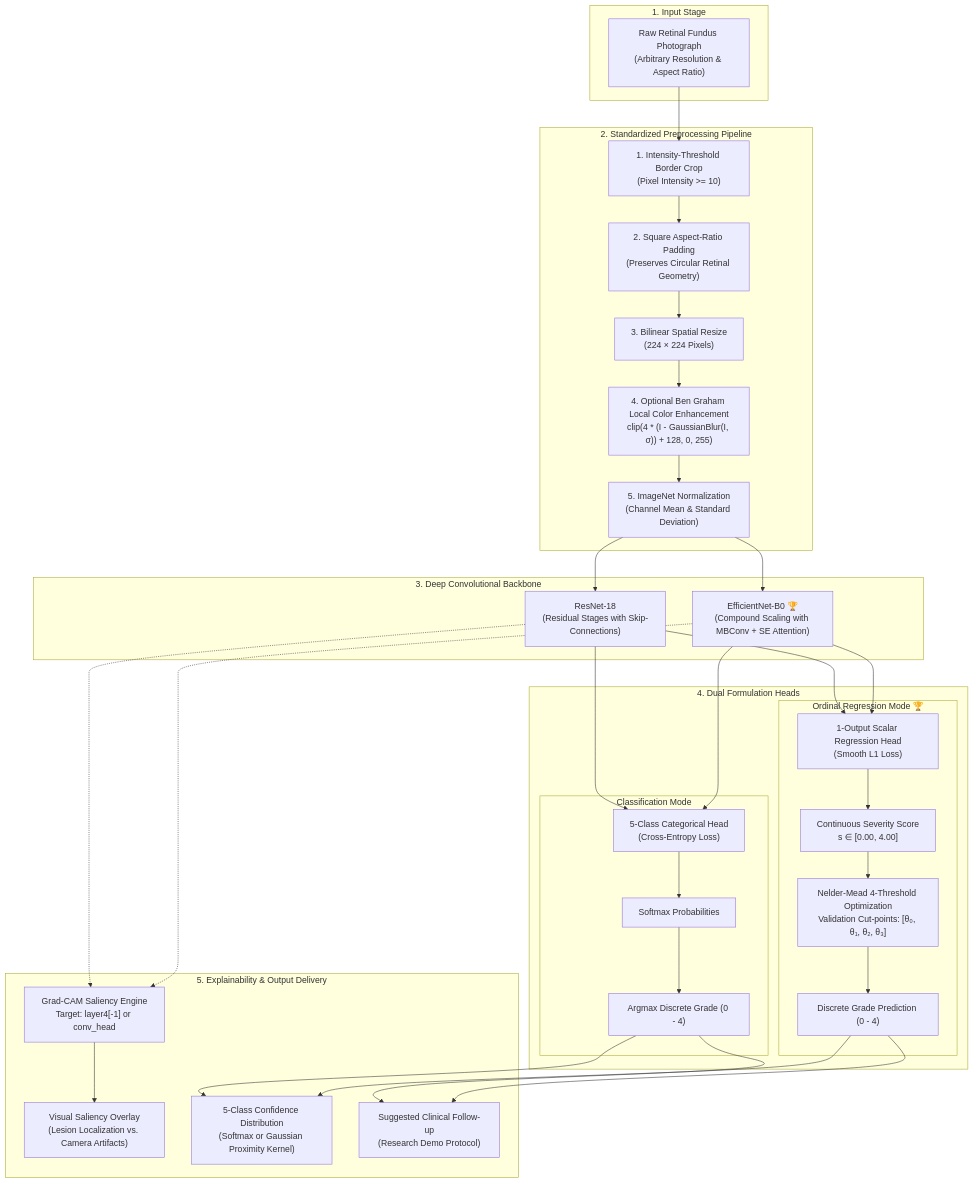
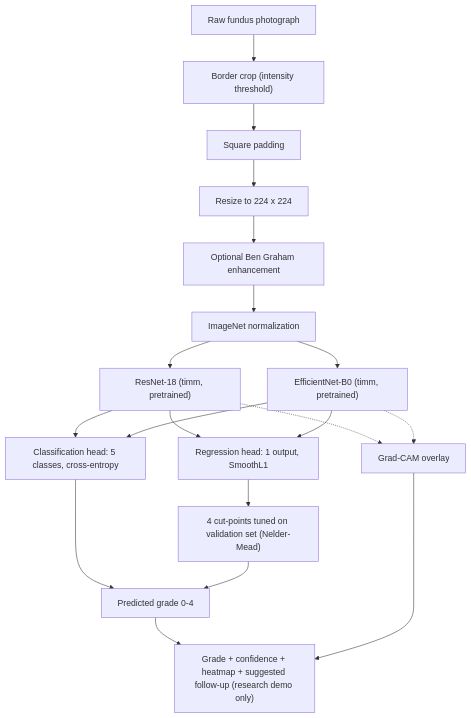
Before and after one commit to ratuhin1122/retinocheck-ai: the diagram in README.md, drawn with Mermaid. The commit also changed other lines of this file, not shown here.

Commit message:
docs: update README with streamlined architecture and benchmark details

````diff
--- a/README.md
+++ b/README.md
@@ -36,58 +37,25 @@
 ```mermaid
 flowchart TD
-    subgraph INPUT["1. Input Stage"]
-        RAW["Raw Retinal Fundus Photograph\n(Arbitrary Resolution & Aspect Ratio)"]
-    end
+    RAW["Raw fundus photograph"] --> CROP["Border crop (intensity threshold)"]
+    CROP --> PAD["Square padding"]
+    PAD --> RESIZE["Resize to 224 x 224"]
+    RESIZE --> ENHANCE["Optional Ben Graham enhancement"]
+    ENHANCE --> NORM["ImageNet normalization"]
 
-    subgraph PREPROC["2. Standardized Preprocessing Pipeline"]
-        CROP["1. Intensity-Threshold Border Crop\n(Pixel Intensity >= 10)"]
-        PAD["2. Square Aspect-Ratio Padding\n(Preserves Circular Retinal Geometry)"]
-        RESIZE["3. Bilinear Spatial Resize\n(224 × 224 Pixels)"]
-        ENHANCE["4. Optional Ben Graham Local Color Enhancement\nclip(4 * (I - GaussianBlur(I, σ)) + 128, 0, 255)"]
-        NORM["5. ImageNet Normalization\n(Channel Mean & Standard Deviation)"]
+    NORM --> RESNET["ResNet-18 (timm, pretrained)"]
+    NORM --> EFFNET["EfficientNet-B0 (timm, pretrained)"]
 
-        CROP --> PAD --> RESIZE --> ENHANCE --> NORM
-    end
+    RESNET --> CLS["Classification head: 5 classes, cross-entropy"]
+    EFFNET --> CLS
+    RESNET --> REG["Regression head: 1 output, SmoothL1"]
+    EFFNET --> REG
 
-    subgraph BACKBONE["3. Deep Convolutional Backbone"]
-        RESNET["ResNet-18\n(Residual Stages with Skip-Connections)"]
-        EFFNET["EfficientNet-B0 🏆\n(Compound Scaling with MBConv + SE Attention)"]
-    end
+    CLS --> GRADE["Predicted grade 0-4"]
+    REG --> THRESH["4 cut-points tuned on validation set (Nelder-Mead)"]
+    THRESH --> GRADE
 
-    subgraph HEADS["4. Dual Formulation Heads"]
-        subgraph CLS_BRANCH["Classification Mode"]
-            CLS_HEAD["5-Class Categorical Head\n(Cross-Entropy Loss)"]
-            SOFTMAX["Softmax Probabilities"]
-            ARGMAX["Argmax Discrete Grade (0 - 4)"]
-            CLS_HEAD --> SOFTMAX --> ARGMAX
-        end
-
-        subgraph REG_BRANCH["Ordinal Regression Mode 🏆"]
-            REG_HEAD["1-Output Scalar Regression Head\n(Smooth L1 Loss)"]
-            SCORE["Continuous Severity Score\ns ∈ [0.00, 4.00]"]
-            THRESH["Nelder-Mead 4-Threshold Optimization\nValidation Cut-points: [θ₀, θ₁, θ₂, θ₃]"]
-            REG_PRED["Discrete Grade Prediction (0 - 4)"]
-            REG_HEAD --> SCORE --> THRESH --> REG_PRED
-        end
-    end
-
-    subgraph EXPLAIN["5. Explainability & Output Delivery"]
-        GRADCAM["Grad-CAM Saliency Engine\nTarget: layer4[-1] or conv_head"]
-        OVERLAY["Visual Saliency Overlay\n(Lesion Localization vs. Camera Artifacts)"]
-        CONF["5-Class Confidence Distribution\n(Softmax or Gaussian Proximity Kernel)"]
-        FOLLOWUP["Suggested Clinical Follow-up\n(Research Demo Protocol)"]
-
-        GRADCAM --> OVERLAY
-    end
-
-    RAW --> CROP
-    NORM --> RESNET & EFFNET
-    RESNET & EFFNET --> CLS_HEAD
-    RESNET & EFFNET --> REG_HEAD
-    RESNET & EFFNET -.-> GRADCAM
-
-    ARGMAX --> CONF
-    REG_PRED --> CONF
-    ARGMAX --> FOLLOWUP
-    REG_PRED --> FOLLOWUP
+    RESNET -.-> CAM["Grad-CAM overlay"]
+    EFFNET -.-> CAM
+    GRADE --> OUT["Grade + confidence + heatmap + suggested follow-up (research demo only)"]
+    CAM --> OUT
 ```
````
